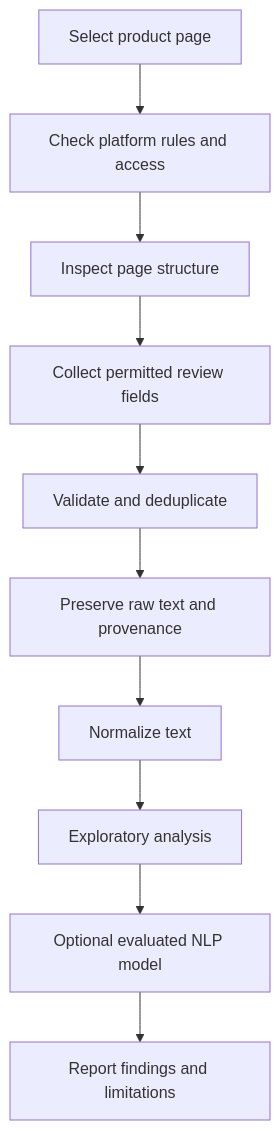
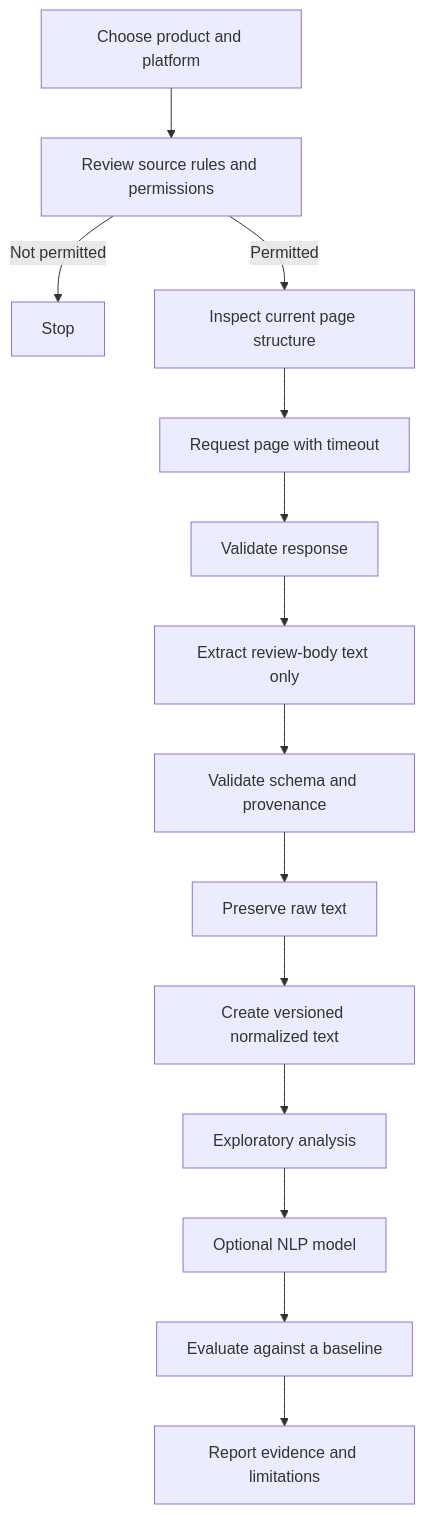
Before and after one commit to Brajesh31/Analysis-of-products-using-NLP: the first of 2 diagrams in README.md, drawn with Mermaid. The commit also changed other lines of this file, not shown here.

````diff
--- a/README.md
+++ b/README.md
@@ -54,12 +121,16 @@
 ```mermaid
 flowchart TD
-  A[Select product page] --> B[Check platform rules and access]
-  B --> C[Inspect page structure]
-  C --> D[Collect permitted review fields]
-  D --> E[Validate and deduplicate]
-  E --> F[Preserve raw text and provenance]
-  F --> G[Normalize text]
-  G --> H[Exploratory analysis]
-  H --> I[Optional evaluated NLP model]
-  I --> J[Report findings and limitations]
+  A[Choose product and platform] --> B[Review source rules and permissions]
+  B -->|Not permitted| X[Stop]
+  B -->|Permitted| C[Inspect current page structure]
+  C --> D[Request page with timeout]
+  D --> E[Validate response]
+  E --> F[Extract review-body text only]
+  F --> G[Validate schema and provenance]
+  G --> H[Preserve raw text]
+  H --> I[Create versioned normalized text]
+  I --> J[Exploratory analysis]
+  J --> K[Optional NLP model]
+  K --> L[Evaluate against a baseline]
+  L --> M[Report evidence and limitations]
 ```
````
